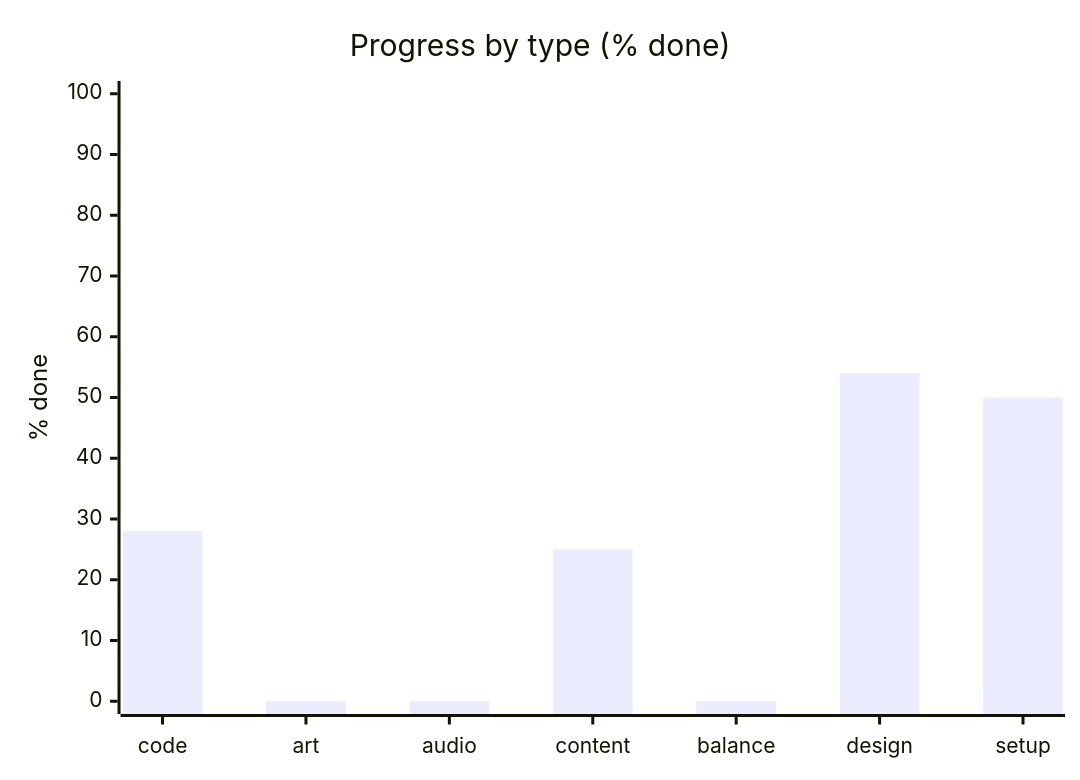
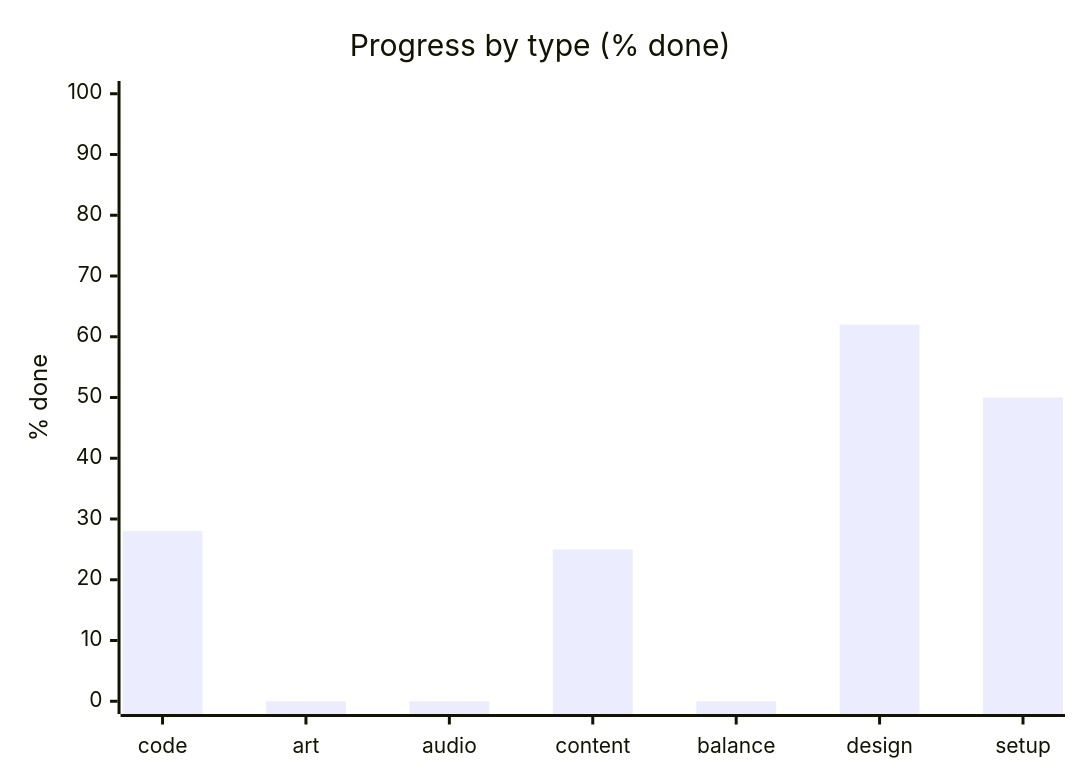
The second of 3 diagrams in STATUS.md (artemiiShabanov/RallyRivals), drawn with Mermaid before and after one commit. The commit also changed other lines of this file and 4 other files, not shown here.

````diff
--- a/STATUS.md
+++ b/STATUS.md
@@ -17,7 +17,7 @@
 ```mermaid
 xychart-beta
     title "Progress by type (% done)"
     x-axis ["code", "art", "audio", "content", "balance", "design", "setup"]
     y-axis "% done" 0 --> 100
-    bar [28, 0, 0, 25, 0, 54, 50]
+    bar [28, 0, 0, 25, 0, 62, 50]
 ```
````
